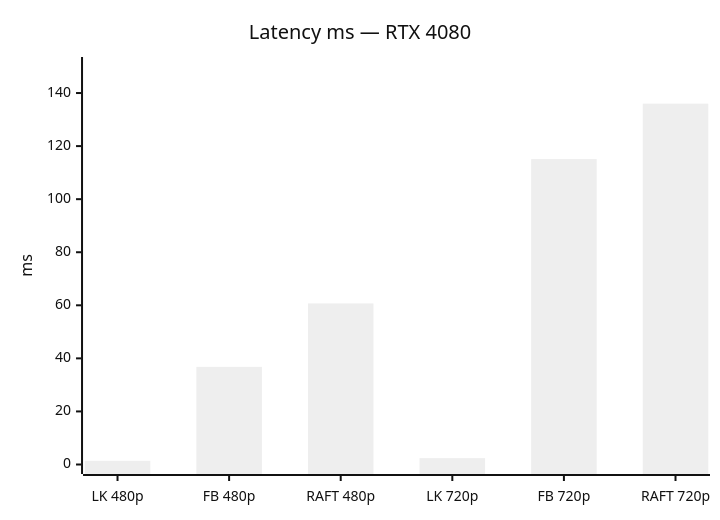
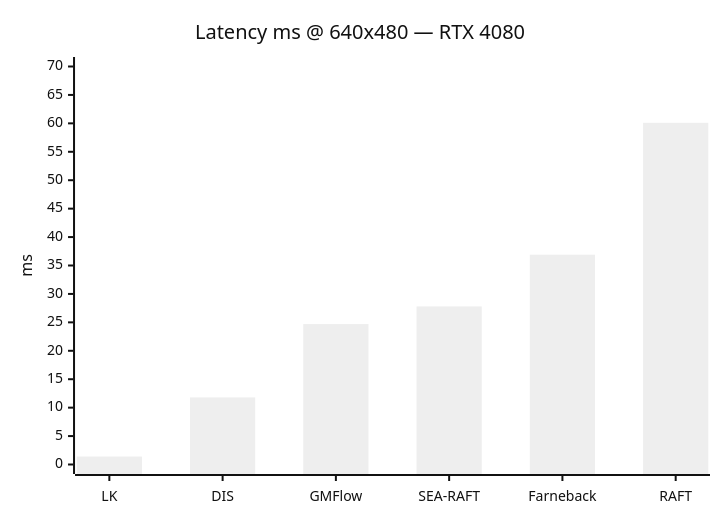
The first of 3 diagrams in research/basalt-optical-flow-nn/README.md (funcid/mipt-masters-coursework), drawn with Mermaid (neutral theme) before and after one commit. The commit also changed other lines of this file and 16 other files, not shown here.

````diff
--- a/research/basalt-optical-flow-nn/README.md
+++ b/research/basalt-optical-flow-nn/README.md
@@ -108,7 +112,7 @@
 ```mermaid
 xychart-beta
-    title "Latency ms — RTX 4080"
-    x-axis ["LK 480p", "FB 480p", "RAFT 480p", "LK 720p", "FB 720p", "RAFT 720p"]
-    y-axis "ms" 0 --> 150
-    bar [1.4, 36.8, 60.7, 2.4, 115.1, 136.0]
+    title "Latency ms @ 640x480 — RTX 4080"
+    x-axis ["LK", "DIS", "GMFlow", "SEA-RAFT", "Farneback", "RAFT"]
+    y-axis "ms" 0 --> 70
+    bar [1.4, 11.8, 24.7, 27.8, 36.9, 60.1]
 ```
````
